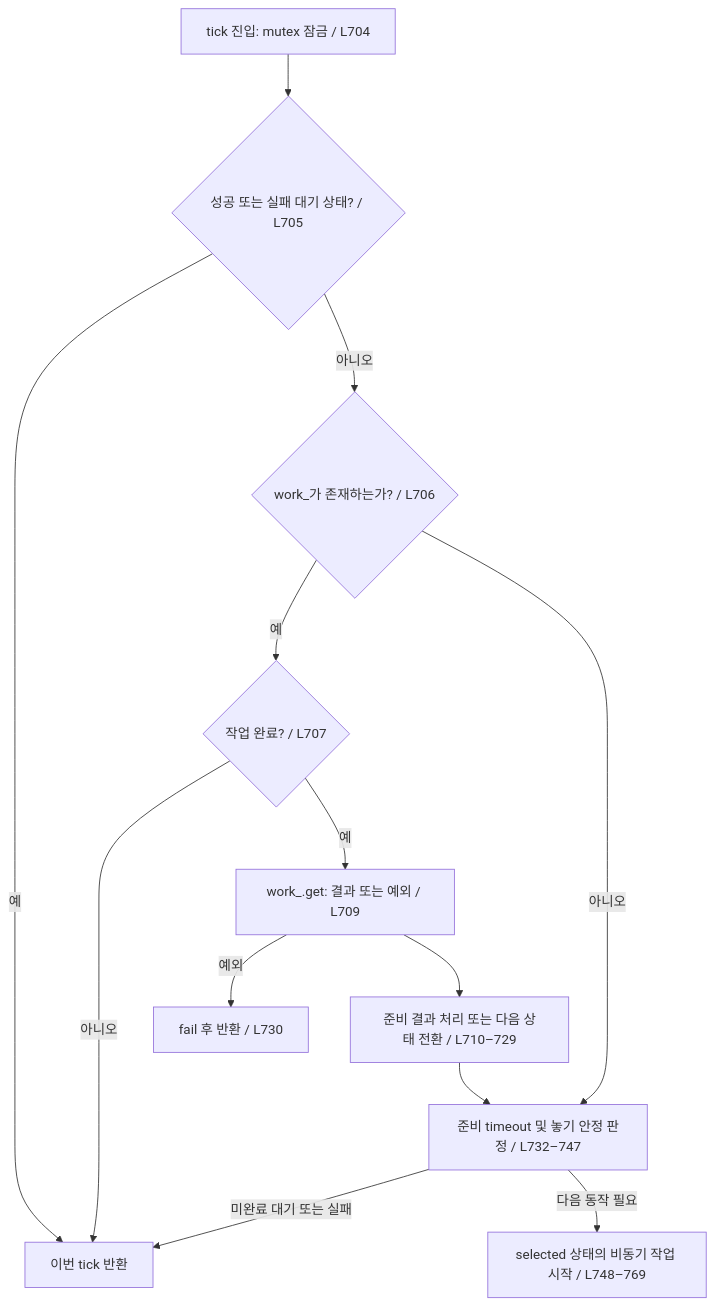
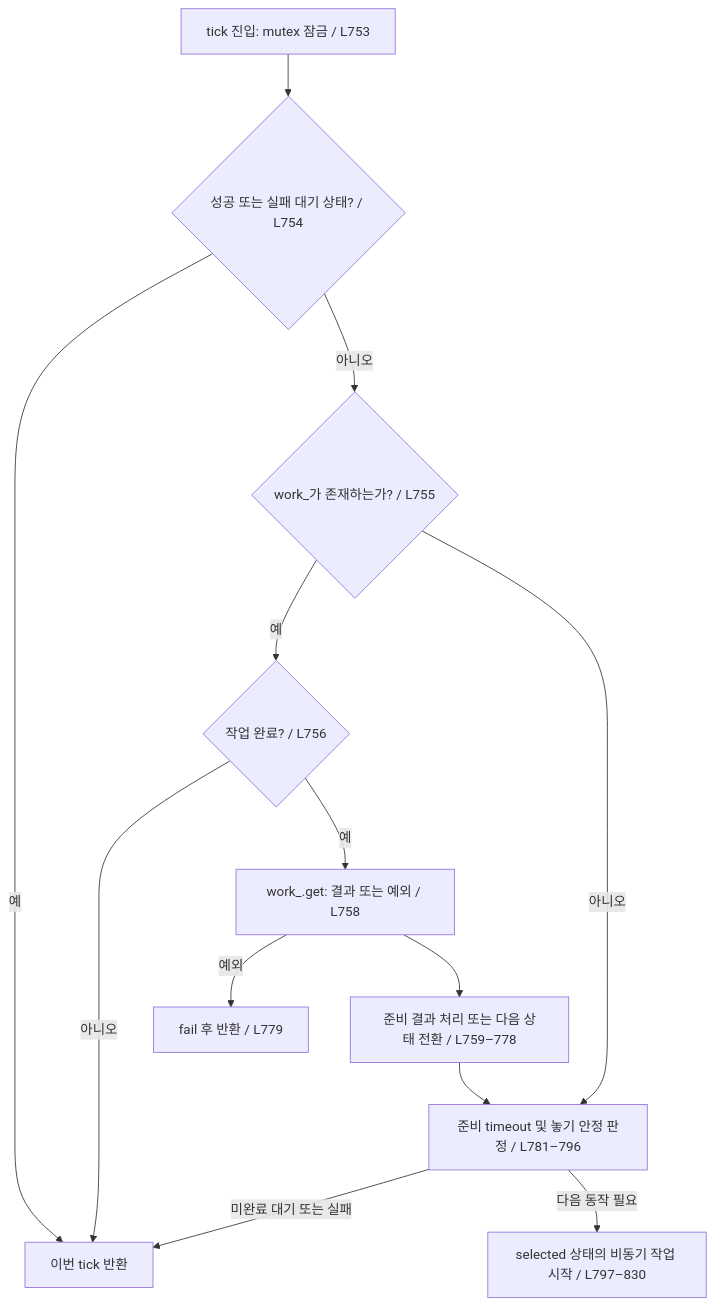
One commit to dongseoki/my_arm_with_ball changed the third of 4 diagrams in docs/pick_and_place_test_cpp해설.md. Above: the diagram before and after it, drawn with Mermaid. The commit also changed other lines of this file, not shown here.

````diff
--- a/docs/pick_and_place_test_cpp해설.md
+++ b/docs/pick_and_place_test_cpp해설.md
@@ -100,15 +100,15 @@
 ```mermaid
 flowchart TD
-    ENTER["tick 진입: mutex 잠금 / L704"] --> END{"성공 또는 실패 대기 상태? / L705"}
+    ENTER["tick 진입: mutex 잠금 / L753"] --> END{"성공 또는 실패 대기 상태? / L754"}
     END -->|예| RET["이번 tick 반환"]
-    END -->|아니오| HAS{"work_가 존재하는가? / L706"}
-    HAS -->|예| DONE{"작업 완료? / L707"}
+    END -->|아니오| HAS{"work_가 존재하는가? / L755"}
+    HAS -->|예| DONE{"작업 완료? / L756"}
     DONE -->|아니오| RET
-    DONE -->|예| GET["work_.get: 결과 또는 예외 / L709"]
-    GET -->|예외| FAIL["fail 후 반환 / L730"]
-    GET --> NEXT["준비 결과 처리 또는 다음 상태 전환 / L710–729"]
-    NEXT --> CHECK["준비 timeout 및 놓기 안정 판정 / L732–747"]
+    DONE -->|예| GET["work_.get: 결과 또는 예외 / L758"]
+    GET -->|예외| FAIL["fail 후 반환 / L779"]
+    GET --> NEXT["준비 결과 처리 또는 다음 상태 전환 / L759–778"]
+    NEXT --> CHECK["준비 timeout 및 놓기 안정 판정 / L781–796"]
     HAS -->|아니오| CHECK
     CHECK -->|"미완료 대기 또는 실패"| RET
-    CHECK -->|"다음 동작 필요"| START["selected 상태의 비동기 작업 시작 / L748–769"]
+    CHECK -->|"다음 동작 필요"| START["selected 상태의 비동기 작업 시작 / L797–830"]
 ```
````
